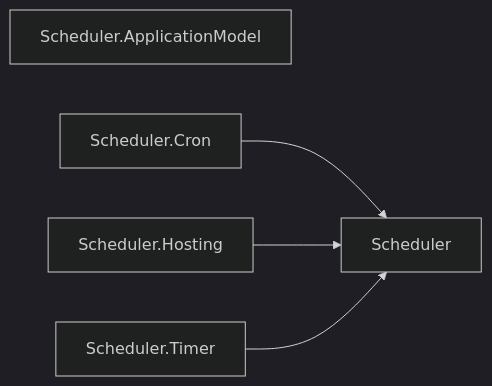
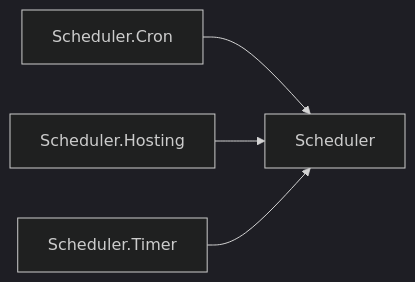
Diagram 25 of 27 in docs/DEPENDENCIES.md (assimalign/cohesion), drawn with Mermaid (dark theme) before and after one commit. The commit also changed other lines of this file and 441 other files, not shown here.

````diff
--- a/docs/DEPENDENCIES.md
+++ b/docs/DEPENDENCIES.md
@@ -915,11 +885,10 @@
 ```mermaid
 flowchart LR
     N0["Scheduler"]
-    N1["Scheduler.ApplicationModel"]
-    N2["Scheduler.Cron"]
-    N3["Scheduler.Hosting"]
-    N4["Scheduler.Timer"]
+    N1["Scheduler.Cron"]
+    N2["Scheduler.Hosting"]
+    N3["Scheduler.Timer"]
+    N1 --> N0
     N2 --> N0
     N3 --> N0
-    N4 --> N0
 ```
````
